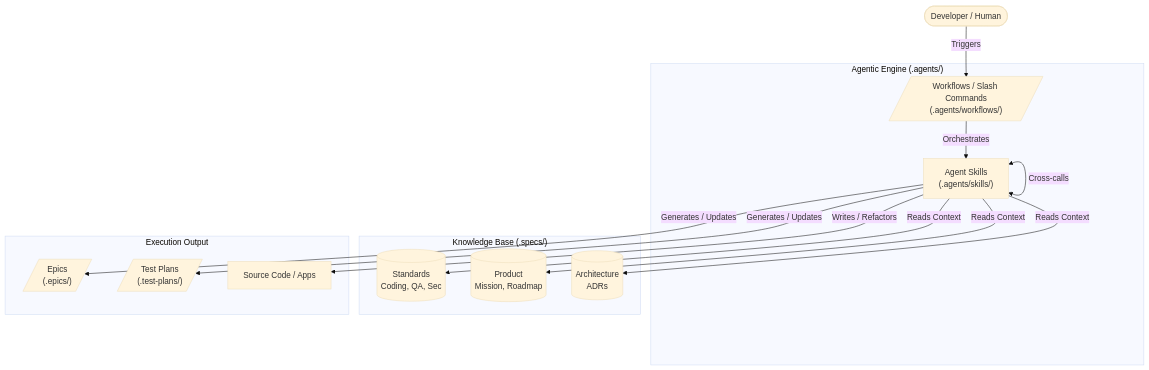
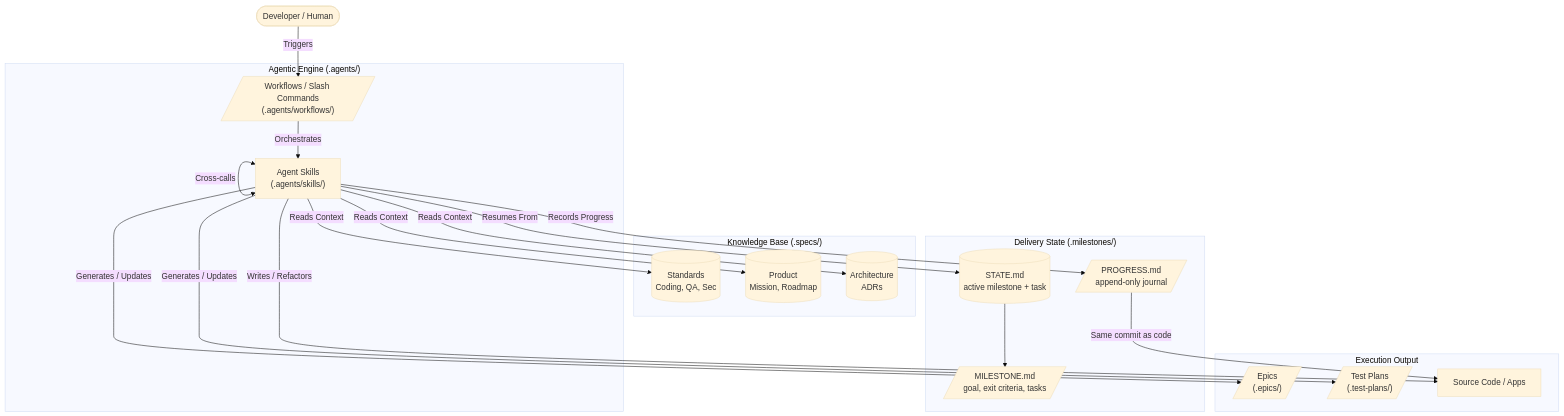
One commit to huyz0/tasker changed the first of 2 diagrams in AGENTIC_SYSTEM.md. Above: the diagram before and after it, drawn with Mermaid (base theme). The commit also changed other lines of this file and 27 other files, not shown here.

First line of the commit message:
docs(plan): add delivery milestone system and 12-milestone plan to completion

````diff
--- a/AGENTIC_SYSTEM.md
+++ b/AGENTIC_SYSTEM.md
@@ -15,32 +16,43 @@
 ```mermaid
 graph TD
     User([Developer / Human]) --> |Triggers| Workflow
     
     subgraph "Agentic Engine (.agents/)"
         Workflow[/"Workflows / Slash Commands\n(.agents/workflows/)"/]
         Skill["Agent Skills\n(.agents/skills/)"]
         
         Workflow -->|Orchestrates| Skill
         Skill <--> |Cross-calls| Skill
     end
 
     subgraph "Knowledge Base (.specs/)"
         Specs[("Standards\nCoding, QA, Sec")]
         Product[("Product\nMission, Roadmap")]
         Arch[("Architecture\nADRs")]
     end
     
+    subgraph "Delivery State (.milestones/)"
+        State[("STATE.md\nactive milestone + task")]
+        Plan[/"MILESTONE.md\ngoal, exit criteria, tasks"/]
+        Journal[/"PROGRESS.md\nappend-only journal"/]
+    end
+
     subgraph "Execution Output"
         Epics[/"Epics\n(.epics/)"/]
         TestPlans[/"Test Plans\n(.test-plans/)"/]
         Code["Source Code / Apps"]
     end
 
     Skill -->|Reads Context| Specs
     Skill -->|Reads Context| Product
     Skill -->|Reads Context| Arch
-    
+
+    Skill -->|Resumes From| State
+    State --> Plan
+    Skill -->|Records Progress| Journal
+    Journal -->|Same commit as code| Code
+
     Skill -->|Generates / Updates| Epics
     Skill -->|Generates / Updates| TestPlans
     Skill -->|Writes / Refactors| Code
 ```
````
